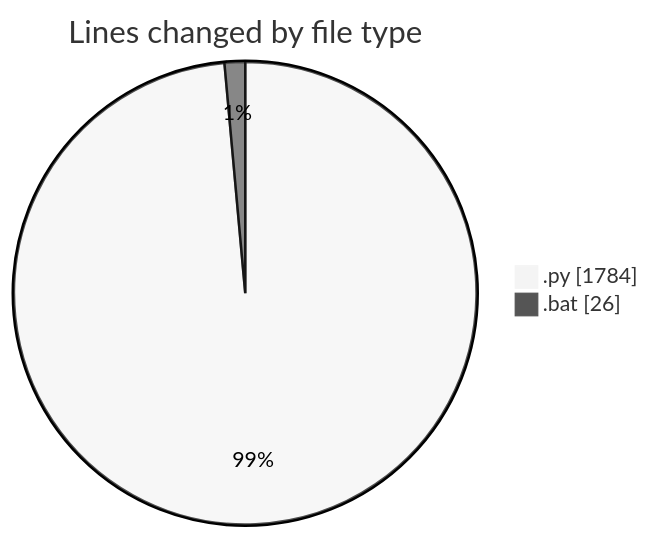
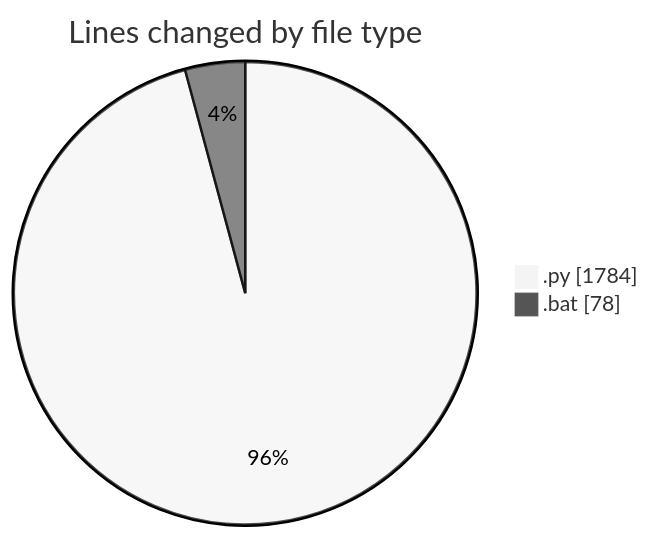
The first of 2 diagrams in 2025-07-03/cursor/README.md (FelipKnott/code-tracking), drawn with Mermaid (neutral theme) before and after one commit. The commit also changed other lines of this file and 1 other file, not shown here.

````diff
--- a/2025-07-03/cursor/README.md
+++ b/2025-07-03/cursor/README.md
@@ -29,6 +30,6 @@
 ```mermaid
 pie showData
 title Lines changed by file type
 ".py" : 1784
-".bat" : 26
+".bat" : 78
 ```
````
